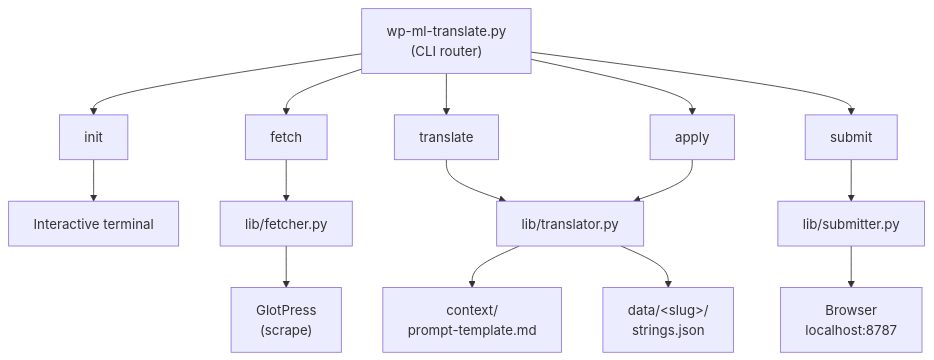
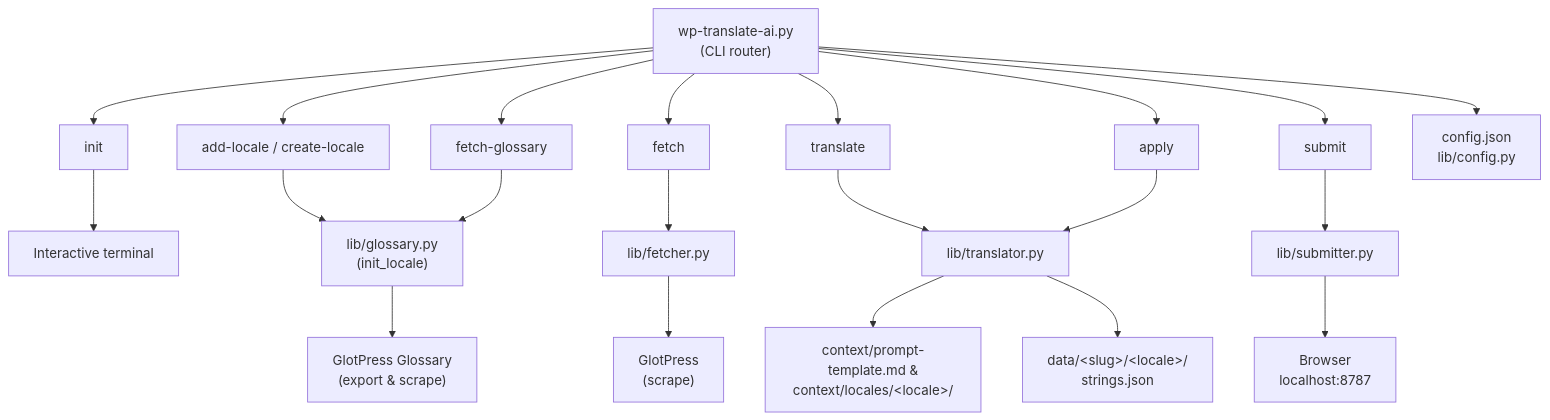
The first of 3 diagrams in docs/ARCHITECTURE.md (ajithrn/wp-translate-ai), drawn with Mermaid before and after one commit. The commit also changed other lines of this file and 19 other files, not shown here.

First line of the commit message:
feat(architecture): migrate toolkit to universal multi-locale architecture

````diff
--- a/docs/ARCHITECTURE.md
+++ b/docs/ARCHITECTURE.md
@@ -9,21 +9,27 @@
 ```mermaid
 graph TD
-    CLI["wp-ml-translate.py<br/>(CLI router)"]
+    CLI["wp-translate-ai.py<br/>(CLI router)"]
 
     CLI --> init
+    CLI --> add_locale["add-locale / create-locale"]
     CLI --> fetch
+    CLI --> fetch_glossary["fetch-glossary"]
     CLI --> translate
     CLI --> apply
     CLI --> submit
+    CLI --> config["config.json<br/>lib/config.py"]
 
     init --> terminal["Interactive terminal"]
+    add_locale --> glossary["lib/glossary.py<br/>(init_locale)"]
     fetch --> fetcher["lib/fetcher.py"]
+    fetch_glossary --> glossary
     translate --> translator["lib/translator.py"]
     apply --> translator
     submit --> submitter["lib/submitter.py"]
 
     fetcher --> glotpress["GlotPress<br/>(scrape)"]
-    translator --> context["context/<br/>prompt-template.md"]
-    translator --> datadir["data/&lt;slug&gt;/<br/>strings.json"]
+    glossary --> glotpress_glossary["GlotPress Glossary<br/>(export & scrape)"]
+    translator --> context["context/prompt-template.md &<br/>context/locales/&lt;locale&gt;/"]
+    translator --> datadir["data/&lt;slug&gt;/&lt;locale&gt;/<br/>strings.json"]
     submitter --> browser["Browser<br/>localhost:8787"]
 ```
````
